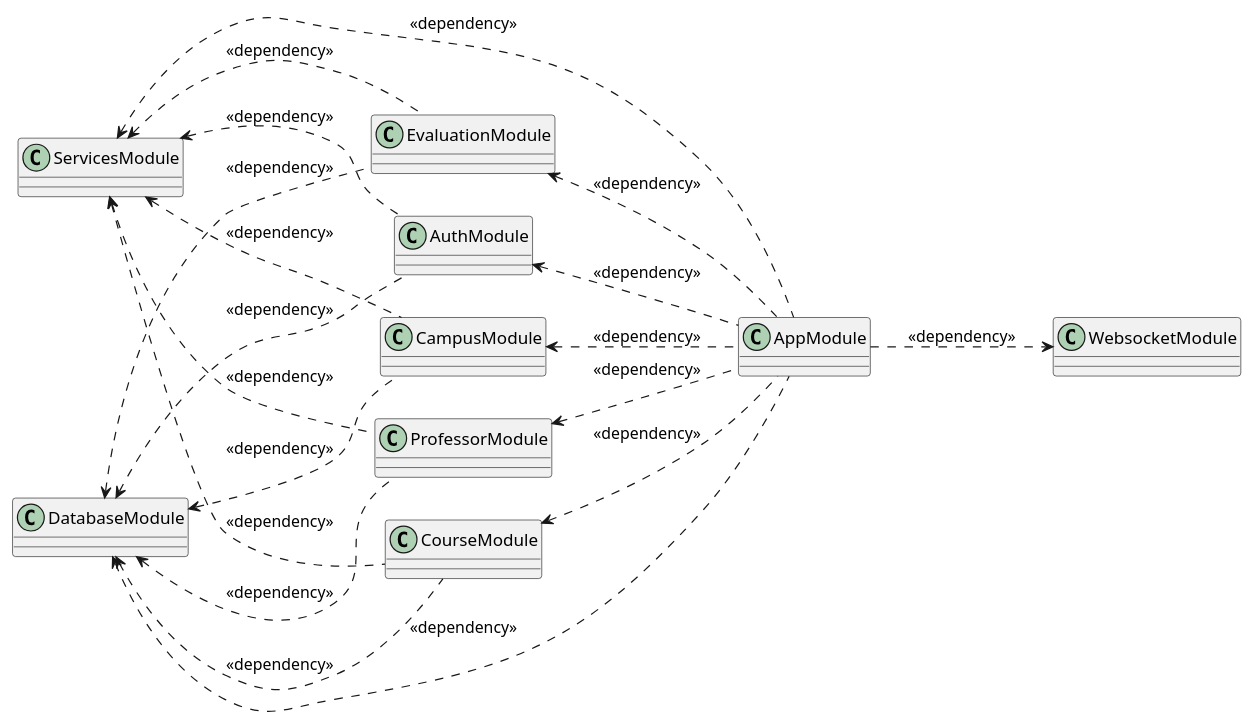
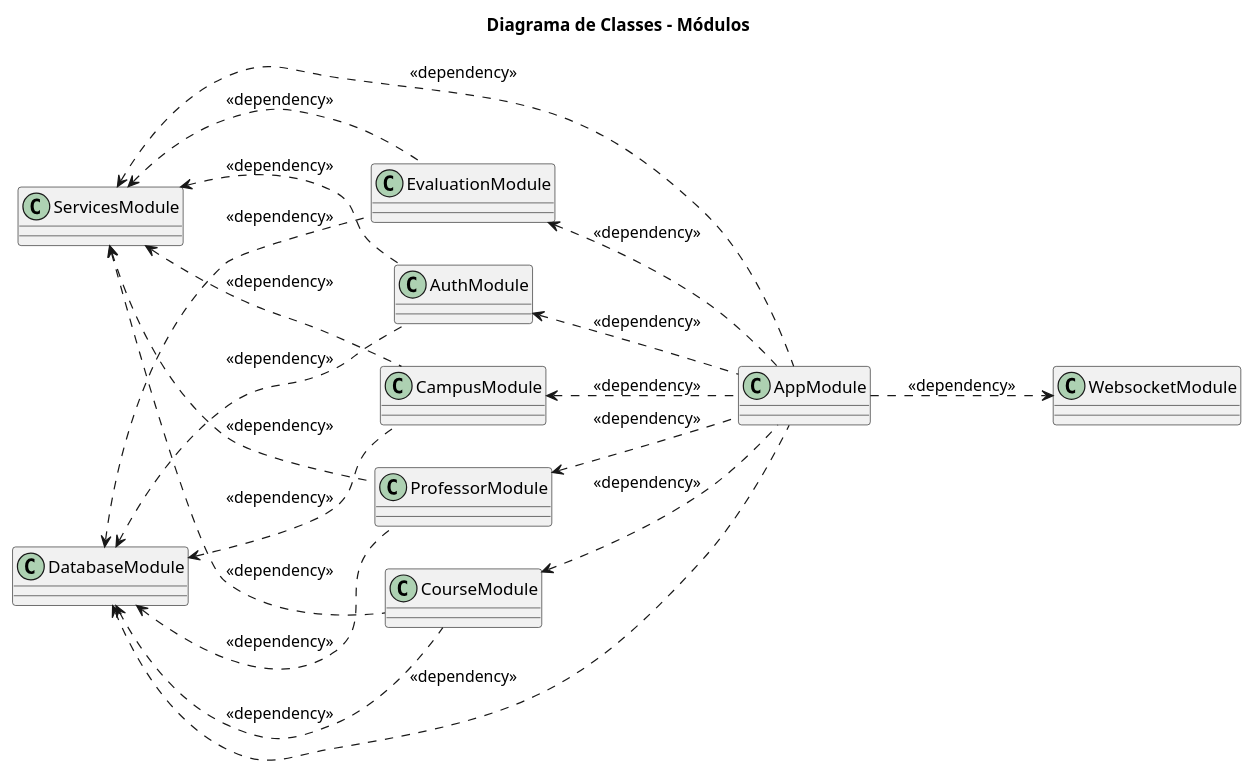
Before and after one commit to MurylloEx/Seja-UPE-Docs: the diagram in src/C1. Visão Geral/C2. Sistema/C3. Endpoints RESTful (Server)/C4. Visão Lógica/[PUML] Classes - Modules.puml, drawn with PlantUML. The commit also changed 14 other files, not shown here.

```diff
--- a/src/C1. Visão Geral/C2. Sistema/C3. Endpoints RESTful (Server)/C4. Visão Lógica/[PUML] Classes - Modules.puml
+++ b/src/C1. Visão Geral/C2. Sistema/C3. Endpoints RESTful (Server)/C4. Visão Lógica/[PUML] Classes - Modules.puml
@@ -1,40 +1,42 @@
 @startuml "Class Diagram"
+
+title "Diagrama de Classes - Módulos"
 
 left to right direction
 
 class ServicesModule
 class AuthModule
 class CampusModule
 class DatabaseModule
 class WebsocketModule
 class EvaluationModule
 class CourseModule
 class ProfessorModule
 class AppModule
 
 DatabaseModule <.. AuthModule        : <<dependency>>
 DatabaseModule <.. CampusModule      : <<dependency>>
 DatabaseModule <.. EvaluationModule  : <<dependency>>
 DatabaseModule <.. CourseModule      : <<dependency>>
 DatabaseModule <.. ProfessorModule   : <<dependency>>
 
 ServicesModule <.. AuthModule        : <<dependency>>
 ServicesModule <.. CampusModule      : <<dependency>>
 ServicesModule <.. EvaluationModule  : <<dependency>>
 ServicesModule <.. CourseModule      : <<dependency>>
 ServicesModule <.. ProfessorModule   : <<dependency>>
 
 AppModule .left.> AuthModule       : <<dependency>>
 AppModule .left.> CampusModule     : <<dependency>>
 AppModule .up.> EvaluationModule : <<dependency>>
 AppModule .left.> CourseModule     : <<dependency>>
 AppModule .left.> ProfessorModule  : <<dependency>>
 
 
 ServicesModule <.down. AppModule : <<dependency>>
 DatabaseModule <.down. AppModule : <<dependency>>
 WebsocketModule <.up. AppModule : <<dependency>>
 
 
 
 @enduml
```
